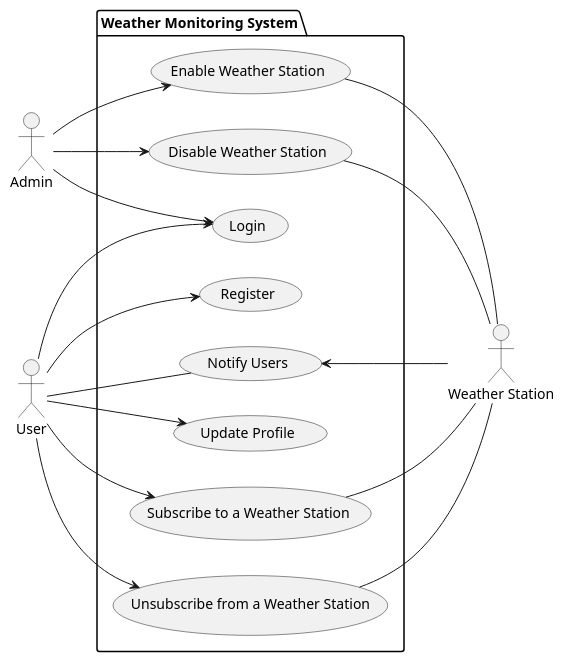
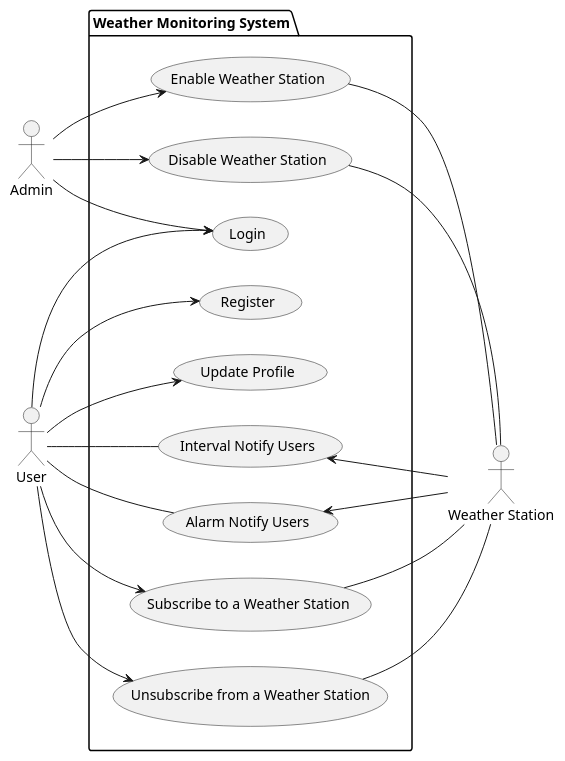
The diagram in diagrams/use-case/diagram.puml (ooad-sv/semester-project-design), drawn with PlantUML before and after one commit. The commit also changed 5 other files, not shown here.

```diff
--- a/diagrams/use-case/diagram.puml
+++ b/diagrams/use-case/diagram.puml
@@ -1,30 +1,41 @@
 @startuml
 left to right direction
 actor Admin as A
 actor User as U
 actor "Weather Station" as W
 package "Weather Monitoring System" {
-  usecase "Register" as UC1
-  usecase "Login" as UC2
-  usecase "Update Profile" as UC3
-  usecase "Subscribe to a Weather Station" as UC4
-  usecase "Unsubscribe from a Weather Station" as UC5
-  usecase "Notify Users" as UC6
-  usecase "Enable Weather Station" as UC7
-  usecase "Disable Weather Station" as UC8
+  together {
+      usecase "Register" as UC1
+      usecase "Login" as UC2
+      usecase "Update Profile" as UC3
+  }
+  together {
+      usecase "Subscribe to a Weather Station" as UC4
+      usecase "Unsubscribe from a Weather Station" as UC5
+  }
+  together {
+      usecase "Interval Notify Users" as UC6
+      usecase "Alarm Notify Users" as UC7
+  }
+  together {
+      usecase "Enable Weather Station" as UC8
+      usecase "Disable Weather Station" as UC9
+  }
 }
 A --> UC2
 U --> UC1
 U --> UC2
 U --> UC3
 U --> UC4
 U --> UC5
 U -- UC6
-A --> UC7
+U -- UC7
 A --> UC8
+A --> UC9
 UC4 -- W
 UC5 -- W
 UC6 <-- W
-UC7 -- W
+UC7 <-- W
 UC8 -- W
+UC9 -- W
 @enduml
```
